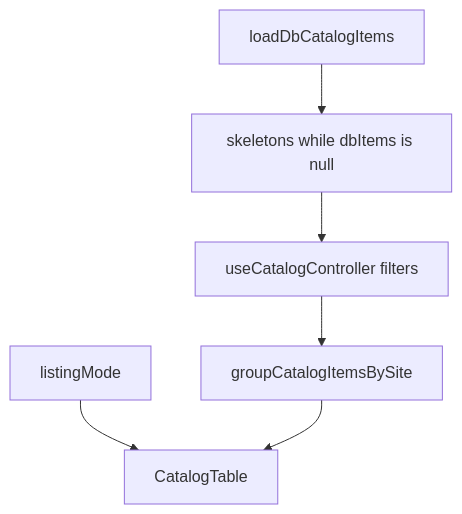
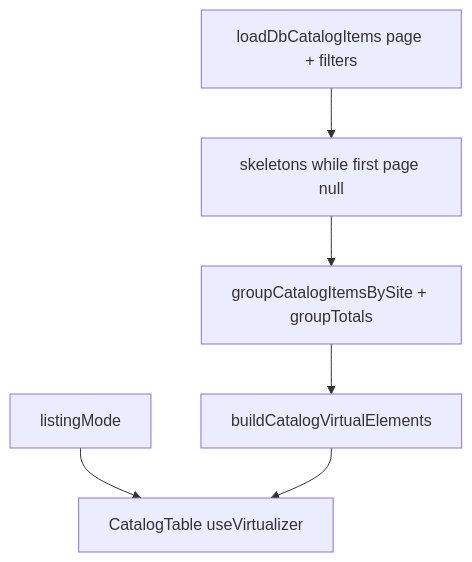
One commit to dzorogh/oryx changed the diagram in docs/features/store-pim-catalog.md. Above: the diagram before and after it, drawn with Mermaid. The commit also changed other lines of this file and 10 other files, not shown here.

````diff
--- a/docs/features/store-pim-catalog.md
+++ b/docs/features/store-pim-catalog.md
@@ -87,15 +91,15 @@
 ```mermaid
 flowchart TD
-  db[loadDbCatalogItems]
-  wait[skeletons while dbItems is null]
-  filter[useCatalogController filters]
-  groups[groupCatalogItemsBySite]
-  ui[CatalogTable]
+  db[loadDbCatalogItems page + filters]
+  wait[skeletons while first page null]
+  groups[groupCatalogItemsBySite + groupTotals]
+  virtual[buildCatalogVirtualElements]
+  ui[CatalogTable useVirtualizer]
   mode[listingMode]
 
   db --> wait
-  wait --> filter
-  filter --> groups
+  wait --> groups
+  groups --> virtual
   mode --> ui
-  groups --> ui
+  virtual --> ui
 ```
````
